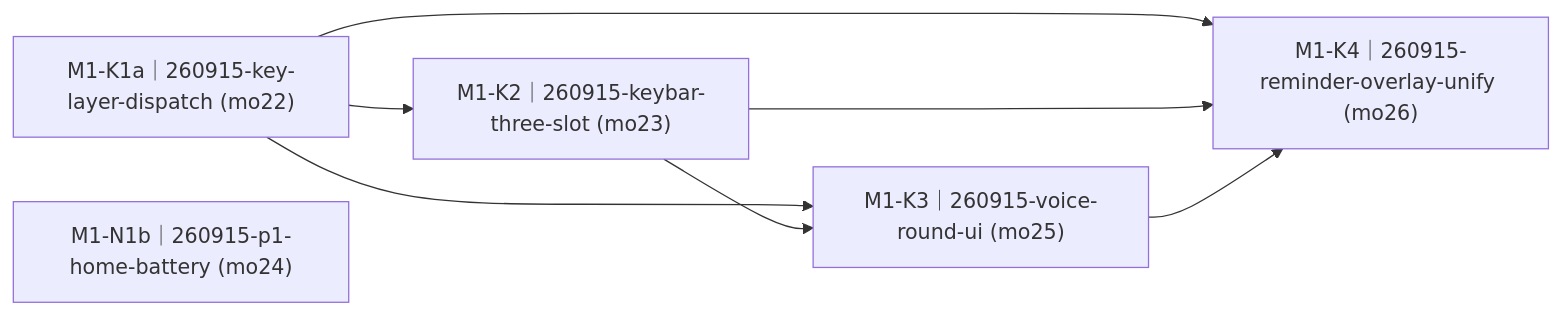
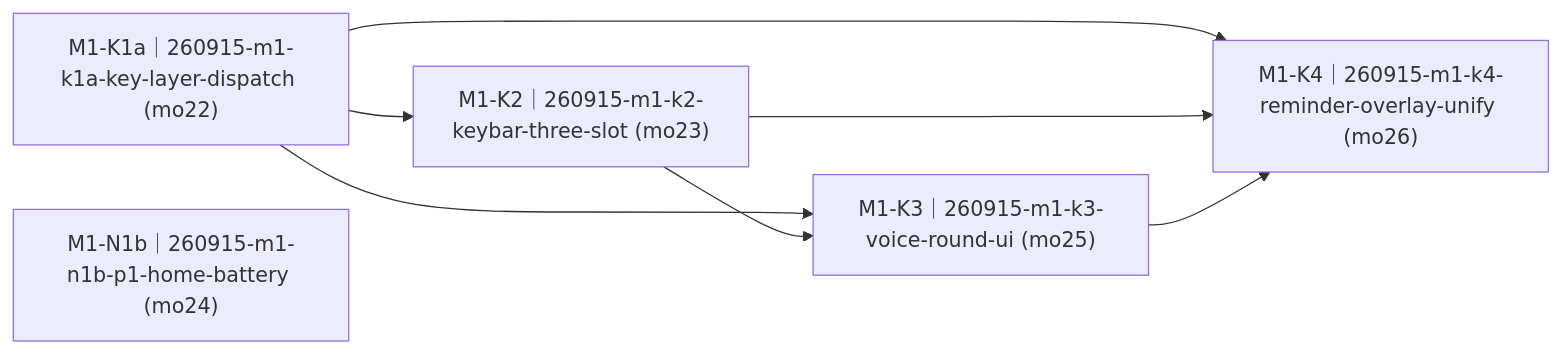
Before and after one commit to fandanpeng/KidPal: the diagram in delivery/workstreams/m1-home-qa/roadmap.md, drawn with Mermaid. The commit also changed other lines of this file and 21 other files, not shown here.

````diff
--- a/delivery/workstreams/m1-home-qa/roadmap.md
+++ b/delivery/workstreams/m1-home-qa/roadmap.md
@@ -24,17 +24,17 @@
 ```mermaid
 graph LR
-  260915_key_layer_dispatch["M1-K1a｜260915-key-layer-dispatch (mo22)"]
-  260915_keybar_three_slot["M1-K2｜260915-keybar-three-slot (mo23)"]
-  260915_p1_home_battery["M1-N1b｜260915-p1-home-battery (mo24)"]
-  260915_voice_round_ui["M1-K3｜260915-voice-round-ui (mo25)"]
-  260915_reminder_overlay_unify["M1-K4｜260915-reminder-overlay-unify (mo26)"]
-  260915_key_layer_dispatch --> 260915_keybar_three_slot
-  260915_key_layer_dispatch --> 260915_voice_round_ui
-  260915_keybar_three_slot --> 260915_voice_round_ui
-  260915_key_layer_dispatch --> 260915_reminder_overlay_unify
-  260915_keybar_three_slot --> 260915_reminder_overlay_unify
-  260915_voice_round_ui --> 260915_reminder_overlay_unify
+  260915_m1_k1a_key_layer_dispatch["M1-K1a｜260915-m1-k1a-key-layer-dispatch (mo22)"]
+  260915_m1_k2_keybar_three_slot["M1-K2｜260915-m1-k2-keybar-three-slot (mo23)"]
+  260915_m1_n1b_p1_home_battery["M1-N1b｜260915-m1-n1b-p1-home-battery (mo24)"]
+  260915_m1_k3_voice_round_ui["M1-K3｜260915-m1-k3-voice-round-ui (mo25)"]
+  260915_m1_k4_reminder_overlay_unify["M1-K4｜260915-m1-k4-reminder-overlay-unify (mo26)"]
+  260915_m1_k1a_key_layer_dispatch --> 260915_m1_k2_keybar_three_slot
+  260915_m1_k1a_key_layer_dispatch --> 260915_m1_k3_voice_round_ui
+  260915_m1_k2_keybar_three_slot --> 260915_m1_k3_voice_round_ui
+  260915_m1_k1a_key_layer_dispatch --> 260915_m1_k4_reminder_overlay_unify
+  260915_m1_k2_keybar_three_slot --> 260915_m1_k4_reminder_overlay_unify
+  260915_m1_k3_voice_round_ui --> 260915_m1_k4_reminder_overlay_unify
   classDef achieved fill:#e6f4ea,stroke:#34a853
   classDef deviation fill:#fce8e6,stroke:#ea4335
   classDef external stroke-dasharray: 4 3,color:#5f6368
 ```
````
